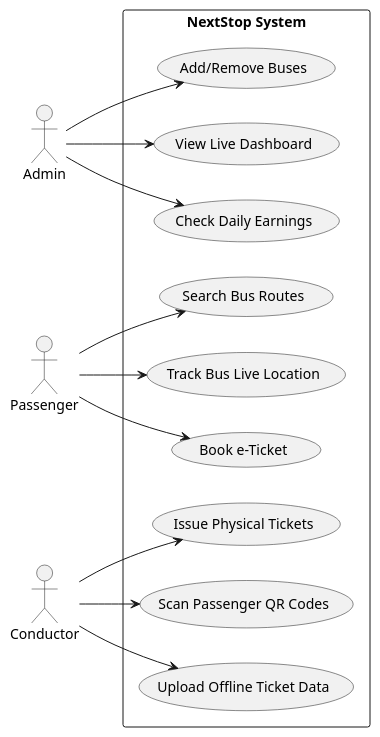
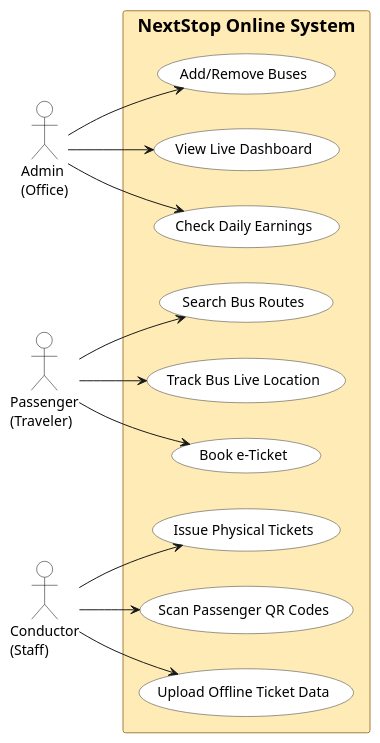
The diagram in diagrams/use_case.puml (sanchitgarg23/SystemDesignProject), drawn with PlantUML before and after one commit. The commit also changed 1 other file, not shown here.

```diff
--- a/diagrams/use_case.puml
+++ b/diagrams/use_case.puml
@@ -1,40 +1,57 @@
 @startuml
-skinparam handwritten false
-skinparam monochrome false
-skinparam packageStyle rectangle
-skinparam backgroundColor white
-skinparam defaultFontName sans-serif
-
 left to right direction
 
-actor "Admin" as admin
-actor "Passenger" as passenger
-actor "Conductor" as conductor
+skinparam defaultFontName Arial
+skinparam backgroundcolor white
 
-rectangle "NextStop System" {
+skinparam actor {
+    BackgroundColor white
+    BorderColor black
+    FontColor black
+}
+
+skinparam usecase {
+    BackgroundColor white
+    BorderColor #333333
+    FontColor black
+}
+
+skinparam rectangle {
+    BackgroundColor #FFEBB5
+    BorderColor #A67D3D
+    FontColor black
+    FontSize 18
+    FontStyle bold
+}
+
+actor "Admin\n(Office)" as admin
+actor "Passenger\n(Traveler)" as passenger
+actor "Conductor\n(Staff)" as conductor
+
+rectangle "NextStop Online System" {
   usecase "Add/Remove Buses" as UC1
   usecase "View Live Dashboard" as UC2
   usecase "Check Daily Earnings" as UC3
   
   usecase "Search Bus Routes" as UC4
   usecase "Track Bus Live Location" as UC5
   usecase "Book e-Ticket" as UC6
   
   usecase "Issue Physical Tickets" as UC7
   usecase "Scan Passenger QR Codes" as UC8
   usecase "Upload Offline Ticket Data" as UC9
 }
 
 admin --> UC1
 admin --> UC2
 admin --> UC3
 
 passenger --> UC4
 passenger --> UC5
 passenger --> UC6
 
 conductor --> UC7
 conductor --> UC8
 conductor --> UC9
 
 @enduml
```
